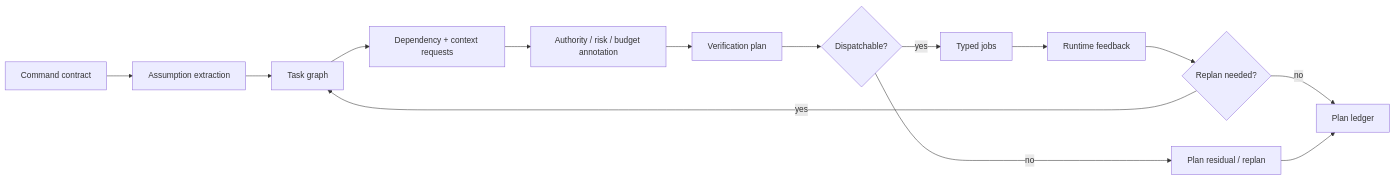
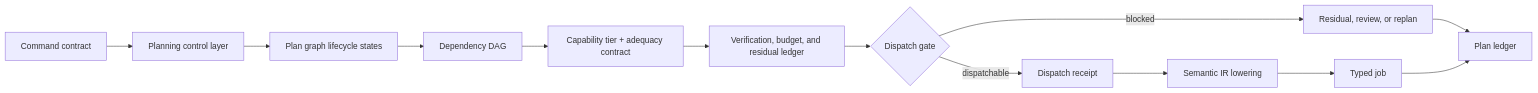
The diagram in chapters/planning-as-a-control-layer.qmd (corbensorenson/asi-stack-book), drawn with Mermaid before and after one commit. The commit also changed other lines of this file and 77 other files, not shown here.

Commit message:
Merge planforge DAGs into planning control

````diff
--- a/chapters/planning-as-a-control-layer.qmd
+++ b/chapters/planning-as-a-control-layer.qmd
@@ -113,16 +119,15 @@
 ```{mermaid}
 flowchart LR
-  A["Command contract"] --> B["Assumption extraction"]
-  B --> C["Task graph"]
-  C --> D["Dependency + context requests"]
-  D --> E["Authority / risk / budget annotation"]
-  E --> F["Verification plan"]
-  F --> G{"Dispatchable?"}
-  G -- "yes" --> H["Typed jobs"]
-  G -- "no" --> I["Plan residual / replan"]
-  H --> J["Runtime feedback"]
-  J --> K{"Replan needed?"}
-  K -- "yes" --> C
-  K -- "no" --> L["Plan ledger"]
-  I --> L
+  A["Command contract"] --> B["Planning control layer"]
+  B --> C["Plan graph lifecycle states"]
+  C --> D["Dependency DAG"]
+  D --> E["Capability tier + adequacy contract"]
+  E --> F["Verification, budget, and residual ledger"]
+  F --> G{"Dispatch gate"}
+  G -- "blocked" --> H["Residual, review, or replan"]
+  G -- "dispatchable" --> I["Dispatch receipt"]
+  I --> J["Semantic IR lowering"]
+  J --> K["Typed job"]
+  H --> L["Plan ledger"]
+  K --> L
 ```
````
